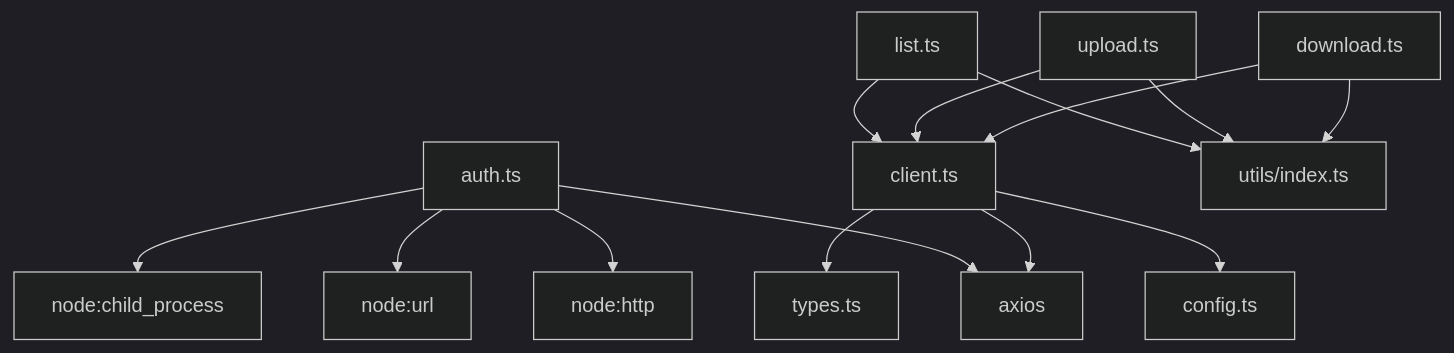
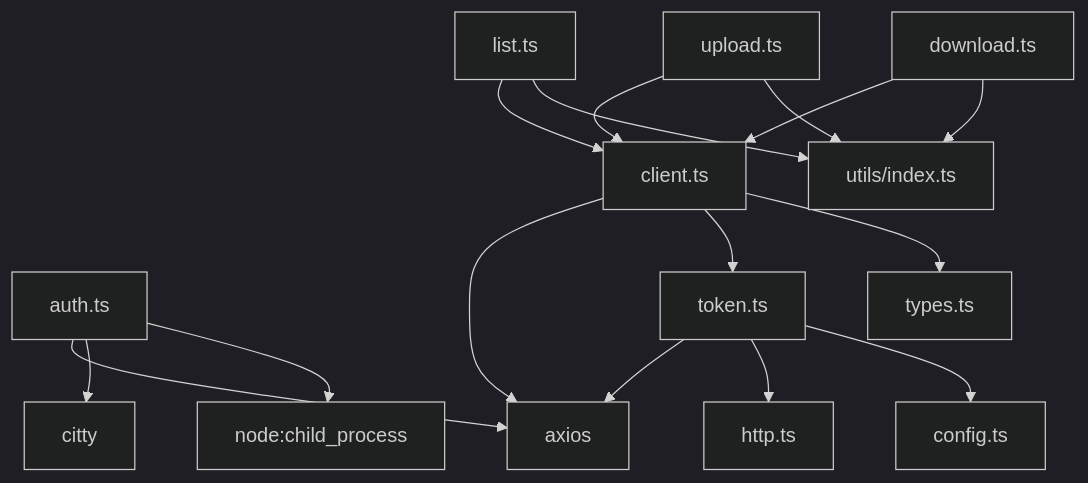
Before and after one commit to yuexiaoliang/baiduwangpan-manager: the fourth of 4 diagrams in .qoder/repowiki/en/content/Authentication System/OAuth 2.0 Flow Implementation.md, drawn with Mermaid (dark theme). The commit also changed other lines of this file and 30 other files, not shown here.

````diff
--- a/.qoder/repowiki/en/content/Authentication System/OAuth 2.0 Flow Implementation.md
+++ b/.qoder/repowiki/en/content/Authentication System/OAuth 2.0 Flow Implementation.md
@@ -278,16 +258,18 @@
 ```mermaid
 graph TB
 AUTH["auth.ts"] --> AXIOS["axios"]
-AUTH --> HTTP["node:http"]
-AUTH --> URL["node:url"]
+AUTH --> CITTY["citty"]
 AUTH --> CHILD["node:child_process"]
 CLIENT["client.ts"] --> AXIOS
-CLIENT --> CONFIG["config.ts"]
+CLIENT --> TOKEN["token.ts"]
+TOKEN --> AXIOS
+TOKEN --> HTTP["http.ts"]
+TOKEN --> CONFIG["config.ts"]
 CLIENT --> TYPES["types.ts"]
 LIST["list.ts"] --> CLIENT
 UPLOAD["upload.ts"] --> CLIENT
 DOWNLOAD["download.ts"] --> CLIENT
 LIST --> UTILS["utils/index.ts"]
 UPLOAD --> UTILS
 DOWNLOAD --> UTILS
 ```
````
